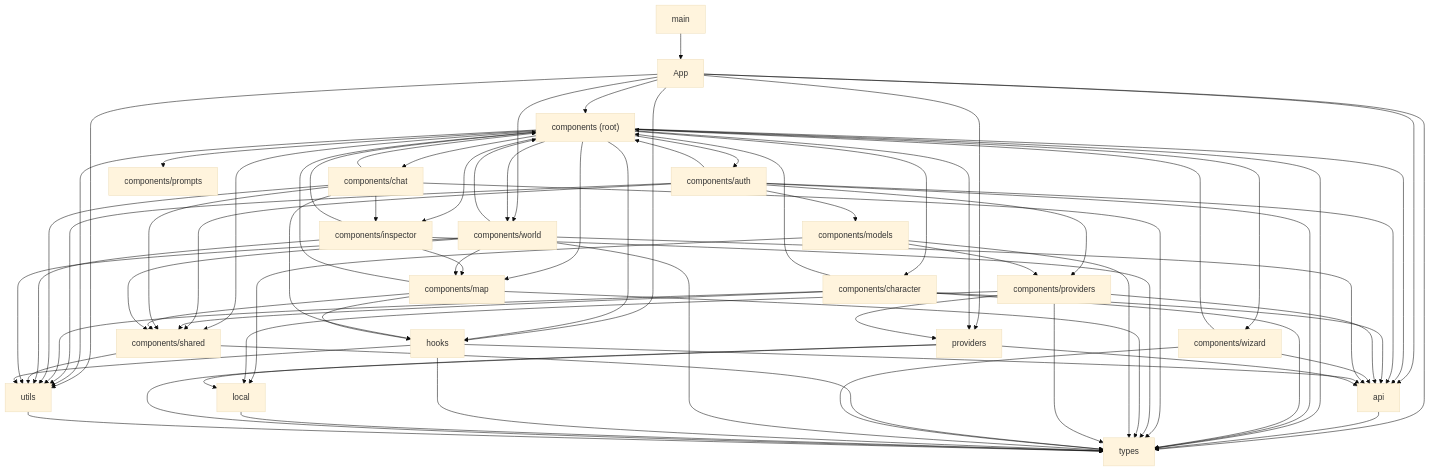
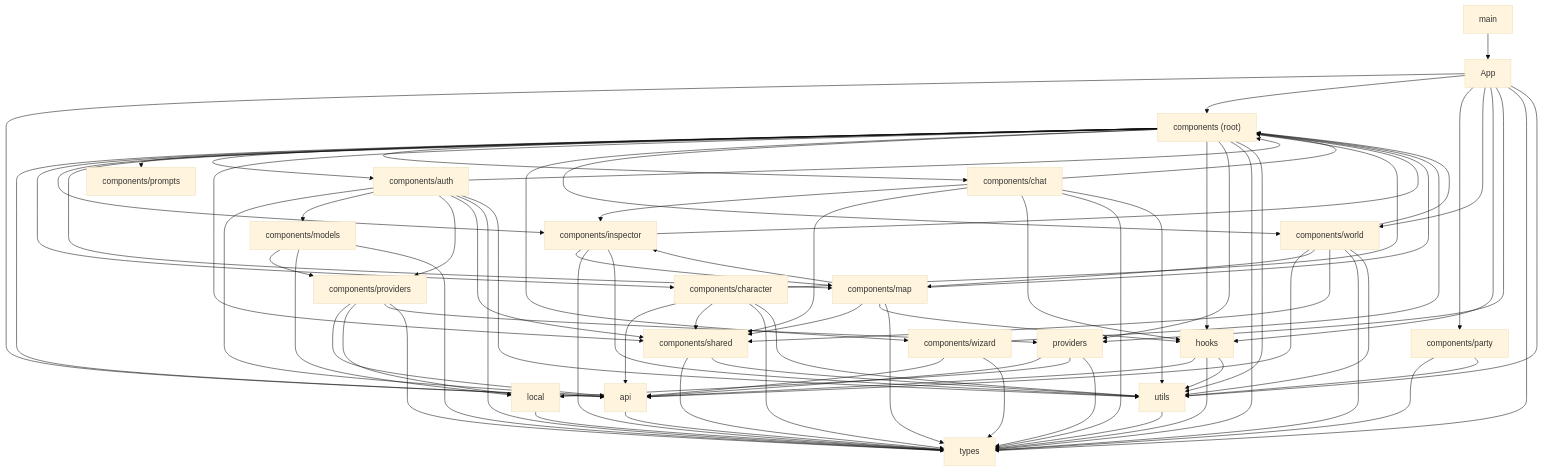
Before and after one commit to diegolima/CyberCantina: the diagram in docs/architecture/FRONTEND_GRAPH.md, drawn with Mermaid (base theme). The commit also changed other lines of this file and 64 other files, not shown here.

````diff
--- a/docs/architecture/FRONTEND_GRAPH.md
+++ b/docs/architecture/FRONTEND_GRAPH.md
@@ -22,90 +22,95 @@
     b_6["components/inspector"]
     b_7["components/map"]
     b_8["components/models"]
-    b_9["components/prompts"]
-    b_10["components/providers"]
-    b_11["components/shared"]
-    b_12["components/wizard"]
-    b_13["components/world"]
-    b_14["hooks"]
-    b_15["local"]
-    b_16["main"]
-    b_17["providers"]
-    b_18["types"]
-    b_19["utils"]
+    b_9["components/party"]
+    b_10["components/prompts"]
+    b_11["components/providers"]
+    b_12["components/shared"]
+    b_13["components/wizard"]
+    b_14["components/world"]
+    b_15["hooks"]
+    b_16["local"]
+    b_17["main"]
+    b_18["providers"]
+    b_19["types"]
+    b_20["utils"]
     b_0 --> b_1
     b_0 --> b_2
-    b_0 --> b_13
+    b_0 --> b_9
     b_0 --> b_14
-    b_0 --> b_17
+    b_0 --> b_15
     b_0 --> b_18
     b_0 --> b_19
-    b_1 --> b_18
+    b_0 --> b_20
+    b_1 --> b_19
     b_2 --> b_1
     b_2 --> b_3
     b_2 --> b_4
     b_2 --> b_5
     b_2 --> b_6
     b_2 --> b_7
-    b_2 --> b_9
-    b_2 --> b_11
+    b_2 --> b_10
     b_2 --> b_12
     b_2 --> b_13
     b_2 --> b_14
-    b_2 --> b_17
+    b_2 --> b_15
     b_2 --> b_18
     b_2 --> b_19
+    b_2 --> b_20
     b_3 --> b_1
     b_3 --> b_2
     b_3 --> b_8
-    b_3 --> b_10
     b_3 --> b_11
-    b_3 --> b_18
+    b_3 --> b_12
     b_3 --> b_19
+    b_3 --> b_20
     b_4 --> b_1
     b_4 --> b_2
-    b_4 --> b_11
-    b_4 --> b_18
+    b_4 --> b_12
     b_4 --> b_19
+    b_4 --> b_20
     b_5 --> b_2
     b_5 --> b_6
-    b_5 --> b_11
-    b_5 --> b_14
-    b_5 --> b_18
+    b_5 --> b_12
+    b_5 --> b_15
     b_5 --> b_19
+    b_5 --> b_20
     b_6 --> b_2
     b_6 --> b_7
-    b_6 --> b_18
     b_6 --> b_19
+    b_6 --> b_20
     b_7 --> b_2
-    b_7 --> b_11
-    b_7 --> b_14
-    b_7 --> b_18
-    b_8 --> b_10
-    b_8 --> b_15
-    b_8 --> b_18
-    b_10 --> b_1
-    b_10 --> b_15
-    b_10 --> b_17
-    b_10 --> b_18
+    b_7 --> b_6
+    b_7 --> b_12
+    b_7 --> b_15
+    b_7 --> b_19
+    b_8 --> b_11
+    b_8 --> b_16
+    b_8 --> b_19
+    b_9 --> b_19
+    b_9 --> b_20
+    b_11 --> b_1
+    b_11 --> b_16
     b_11 --> b_18
     b_11 --> b_19
-    b_12 --> b_1
-    b_12 --> b_2
-    b_12 --> b_18
+    b_12 --> b_19
+    b_12 --> b_20
     b_13 --> b_1
     b_13 --> b_2
-    b_13 --> b_7
-    b_13 --> b_11
-    b_13 --> b_18
     b_13 --> b_19
     b_14 --> b_1
-    b_14 --> b_18
+    b_14 --> b_2
+    b_14 --> b_7
+    b_14 --> b_12
     b_14 --> b_19
-    b_15 --> b_18
-    b_16 --> b_0
-    b_17 --> b_1
-    b_17 --> b_15
-    b_17 --> b_18
-    b_19 --> b_18
+    b_14 --> b_20
+    b_15 --> b_1
+    b_15 --> b_19
+    b_15 --> b_20
+    b_16 --> b_19
+    b_17 --> b_0
+    b_18 --> b_1
+    b_18 --> b_16
+    b_18 --> b_19
+    b_20 --> b_19
 ```
````
